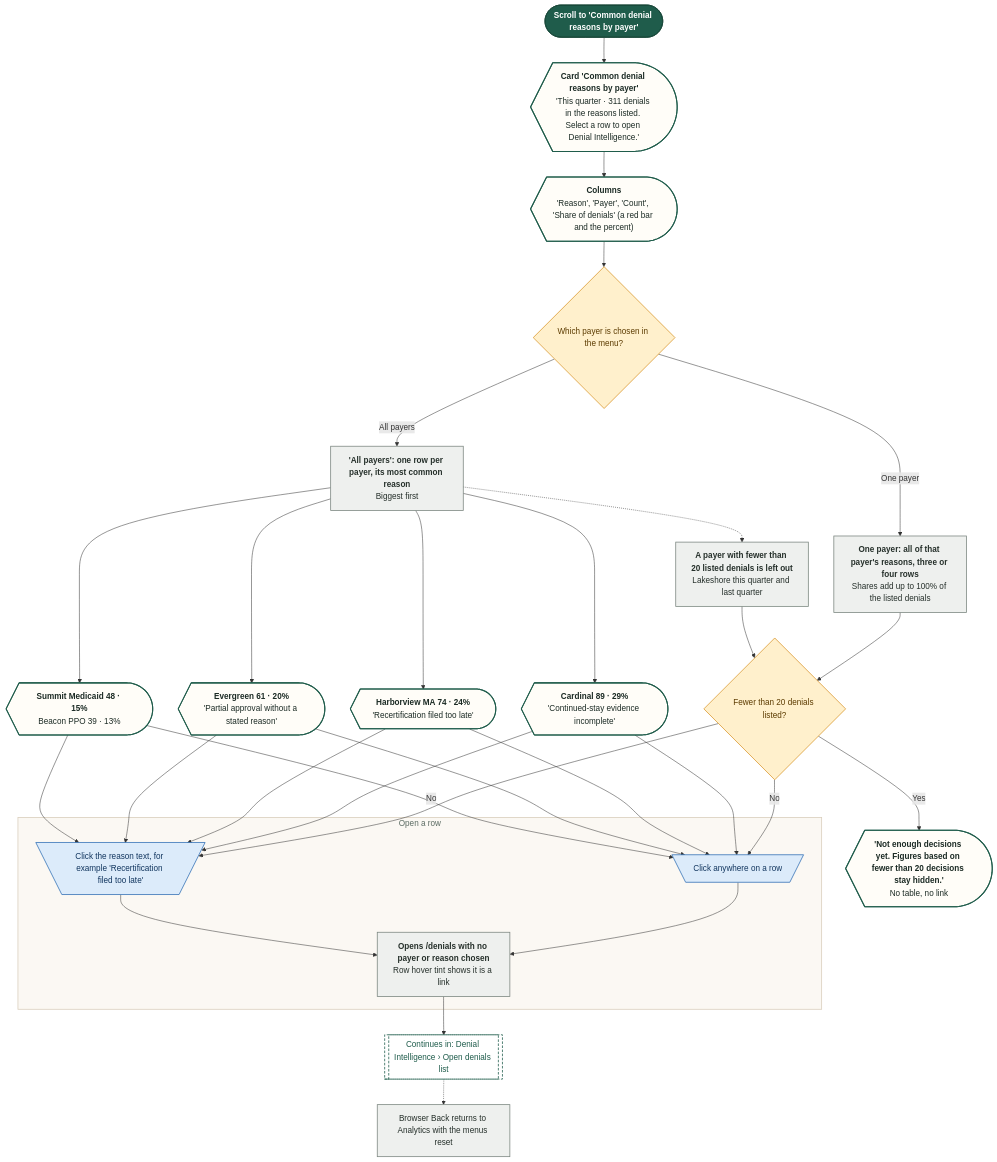
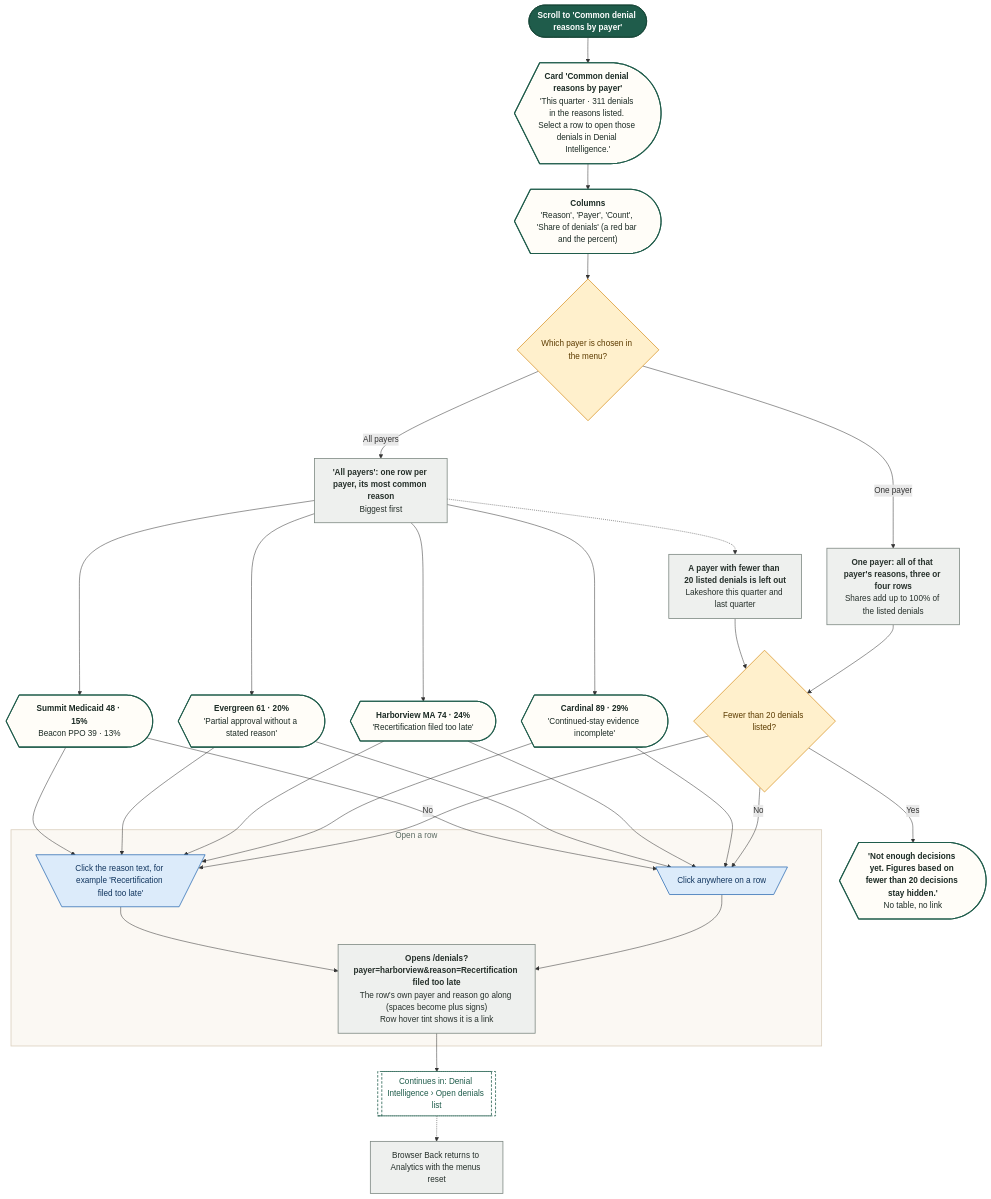
The fifth of 9 diagrams in demos/prior-auth-demo/workflows/out/md/08-analytics.md (Shrav143/psyfloapp), drawn with Mermaid before and after one commit. The commit also changed other lines of this file and 195 other files, not shown here.

First line of the commit message:
docs: Rebuild workflow diagrams after the demo fixes (220 diagrams)

````diff
--- a/demos/prior-auth-demo/workflows/out/md/08-analytics.md
+++ b/demos/prior-auth-demo/workflows/out/md/08-analytics.md
@@ -331,61 +338,61 @@
 ```mermaid
 %%{init: {"theme":"base","themeVariables":{"fontFamily":"'DM Sans', 'Segoe UI', system-ui, sans-serif","fontSize":"15px","lineColor":"#5B6B63","primaryTextColor":"#1C2B25","clusterBkg":"#FBF8F3","clusterBorder":"#D9CDBB","edgeLabelBackground":"#FFFFFF"},"flowchart":{"curve":"basis","nodeSpacing":36,"rankSpacing":48,"padding":12,"htmlLabels":true,"useMaxWidth":false,"wrappingWidth":230}} }%%
 flowchart TD
   classDef k_start fill:#1F5C4B,stroke:#174638,color:#FFFFFF,stroke-width:1.5px,font-weight:600
   classDef k_end fill:#DDEFE3,stroke:#2E7D4F,color:#14502F,stroke-width:1.5px,font-weight:600
   classDef k_endx fill:#FBE3E0,stroke:#C0392B,color:#7A1F16,stroke-width:1.5px,font-weight:600
   classDef k_screen fill:#FFFDF8,stroke:#1F5C4B,color:#1C2B25,stroke-width:2px
   classDef k_overlay fill:#F1F7F3,stroke:#1F5C4B,color:#1C2B25,stroke-width:2px,stroke-dasharray:5 3
   classDef k_click fill:#DCEBFA,stroke:#2F6DB5,color:#12365F,stroke-width:1.5px
   classDef k_input fill:#E4E7FF,stroke:#4C5FD5,color:#1D2670,stroke-width:1.5px
   classDef k_process fill:#EEF0EE,stroke:#7A857F,color:#26302B,stroke-width:1.5px
   classDef k_agent fill:#EEE5FA,stroke:#7A4FC2,color:#341A63,stroke-width:1.5px
   classDef k_decision fill:#FFF0CC,stroke:#D9962B,color:#5C3B00,stroke-width:1.5px
   classDef k_store fill:#D5F0EA,stroke:#1C8E7B,color:#0B4A3F,stroke-width:1.5px
   classDef k_doc fill:#F6E9DC,stroke:#B07A4C,color:#4A2E14,stroke-width:1.5px
   classDef k_ext fill:#FFE6D2,stroke:#E07B39,color:#6B2F06,stroke-width:1.5px
   classDef k_wait fill:#E4E8EE,stroke:#6B7C93,color:#26303D,stroke-width:1.5px
   classDef k_toast fill:#FFF9DB,stroke:#C9A400,color:#5A4A00,stroke-width:1.5px
   classDef k_goto fill:#FFFFFF,stroke:#1F5C4B,color:#1F5C4B,stroke-width:1.5px,stroke-dasharray:5 3
   s1@{ shape: stadium, label: "Scroll to 'Common denial reasons by payer'" }
-  sc@{ shape: curv-trap, label: "<b>Card 'Common denial reasons by payer'</b><br/>'This quarter · 311 denials in the reasons listed. Select a row to open Denial Intelligence.'" }
+  sc@{ shape: curv-trap, label: "<b>Card 'Common denial reasons by payer'</b><br/>'This quarter · 311 denials in the reasons listed. Select a row to open those denials in Denial Intelligence.'" }
   th@{ shape: curv-trap, label: "<b>Columns</b><br/>'Reason', 'Payer', 'Count', 'Share of denials' (a red bar and the percent)" }
   q1@{ shape: diam, label: "Which payer is chosen in the menu?" }
   p1@{ shape: rect, label: "<b>'All payers': one row per payer, its most common reason</b><br/>Biggest first" }
   r1@{ shape: curv-trap, label: "<b>Cardinal 89 · 29%</b><br/>'Continued-stay evidence incomplete'" }
   r2@{ shape: curv-trap, label: "<b>Harborview MA 74 · 24%</b><br/>'Recertification filed too late'" }
   r3@{ shape: curv-trap, label: "<b>Evergreen 61 · 20%</b><br/>'Partial approval without a stated reason'" }
   r4@{ shape: curv-trap, label: "<b>Summit Medicaid 48 · 15%</b><br/>Beacon PPO 39 · 13%" }
   p2@{ shape: rect, label: "<b>A payer with fewer than 20 listed denials is left out</b><br/>Lakeshore this quarter and last quarter" }
   p3@{ shape: rect, label: "<b>One payer: all of that payer's reasons, three or four rows</b><br/>Shares add up to 100% of the listed denials" }
   q2@{ shape: diam, label: "Fewer than 20 denials listed?" }
   nd@{ shape: curv-trap, label: "<b>'Not enough decisions yet. Figures based on fewer than 20 decisions stay hidden.'</b><br/>No table, no link" }
   subgraph gClick ["Open a row"]
   c1@{ shape: trap-t, label: "Click anywhere on a row" }
   c2@{ shape: trap-t, label: "Click the reason text, for example 'Recertification filed too late'" }
-  p4@{ shape: rect, label: "<b>Opens /denials with no payer or reason chosen</b><br/>Row hover tint shows it is a link" }
+  p4@{ shape: rect, label: "<b>Opens /denials?payer=harborview&reason=Recertification filed too late</b><br/>The row's own payer and reason go along (spaces become plus signs)<br/>Row hover tint shows it is a link" }
   end
   g1@{ shape: subproc, label: "Continues in: Denial Intelligence › Open denials list" }
   p5@{ shape: rect, label: "Browser Back returns to Analytics with the menus reset" }
   s1 --> sc --> th --> q1
   q1 -->|"All payers"| p1
   p1 --> r1 & r2 & r3 & r4
   p1 -.-> p2
   q1 -->|"One payer"| p3
   p3 --> q2
   p2 --> q2
   q2 -->|"Yes"| nd
   q2 -->|"No"| c1 & c2
   r1 & r2 & r3 & r4 --> c1 & c2
   c1 --> p4
   c2 --> p4
   p4 --> g1
   g1 -.-> p5
   class s1 k_start
   class sc,th,r1,r2,r3,r4,nd k_screen
   class q1,q2 k_decision
   class p1,p2,p3,p4,p5 k_process
   class c1,c2 k_click
   class g1 k_goto
   style gClick fill:#FBF8F3,stroke:#D9CDBB,stroke-width:1.5px,color:#5B6B63
 ```
````
